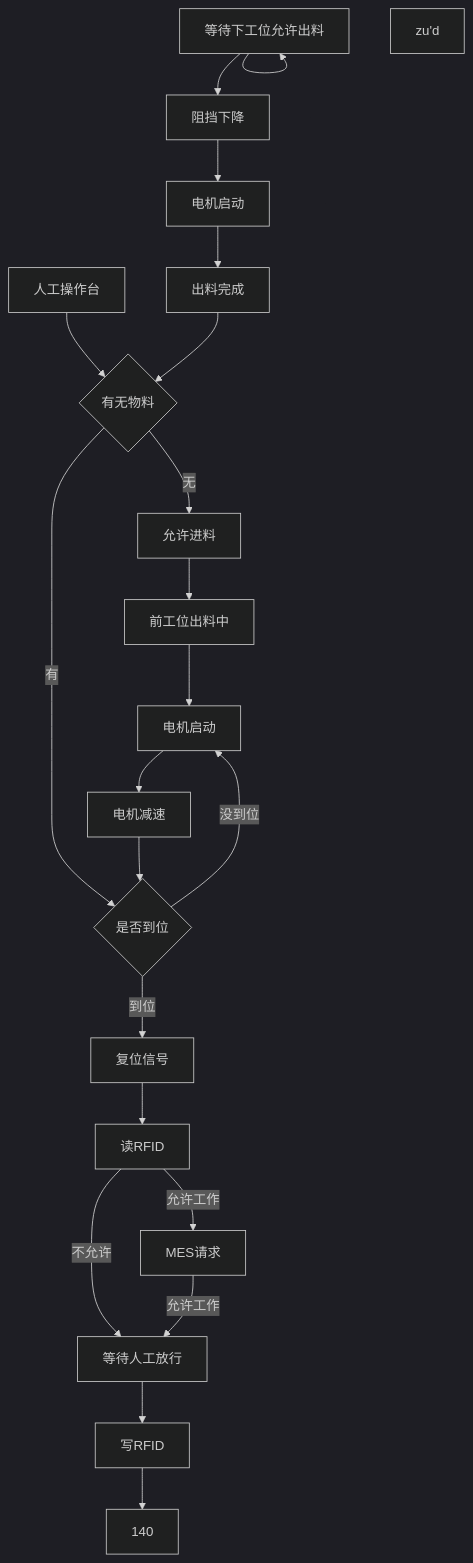
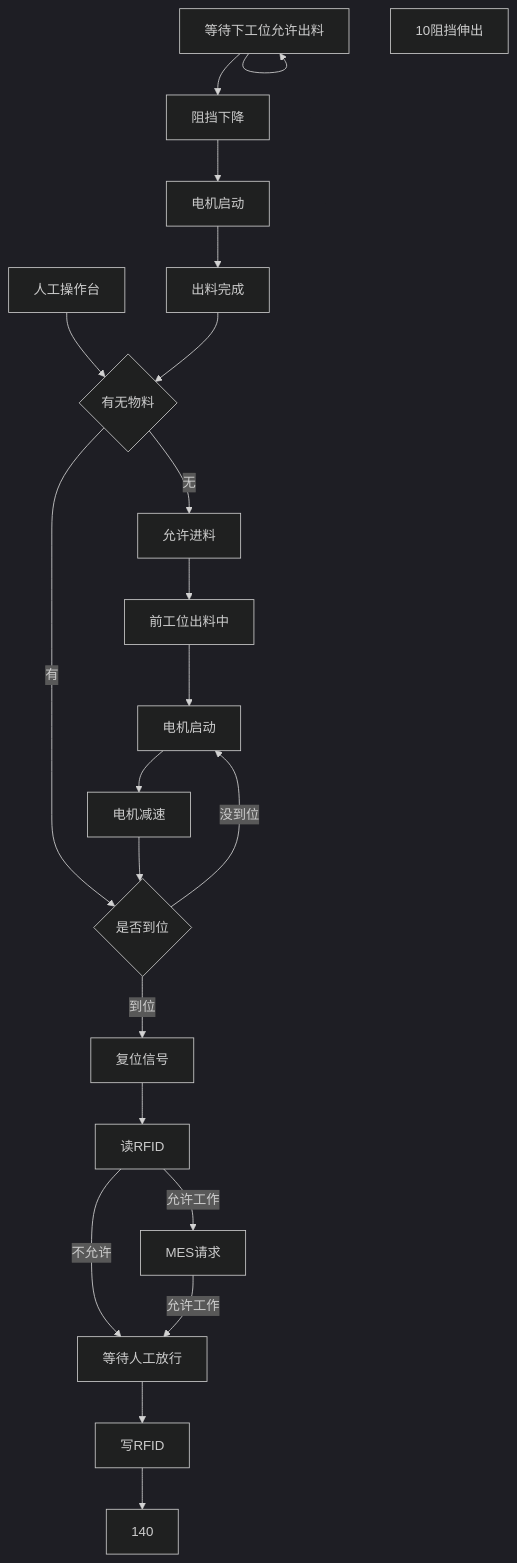
Before and after one commit to PengKun1/iodraw-files: the diagram in all/未命名-4.md, drawn with Mermaid (dark theme).

Commit message:
2024-12-20 14:55:10 update

````diff
--- a/all/未命名-4.md
+++ b/all/未命名-4.md
@@ -1,25 +1,25 @@
 ```mermaid
 graph TD
 0[人工操作台]-->10
-zu'd
+10阻挡伸出
 10{有无物料}-->|无|20
 10-->|有|60
 20[允许进料]-->30
 30[前工位出料中]-->40
 40[电机启动]-->50
 50[电机减速]-->60
 60{是否到位}-->|到位|70
 60-->|没到位|40
 70[复位信号]-->80
 80[读RFID]-->|允许工作|90
 80-->|不允许|120
 90[MES请求]-->|允许工作|120
 
 120[等待人工放行]-->130
 130[写RFID]-->140
 150[MES上传]-->150
 150[等待下工位允许出料]-->160
 160[阻挡下降]-->170
 170[电机启动]-->180
 180[出料完成]-->10
 ```
````
